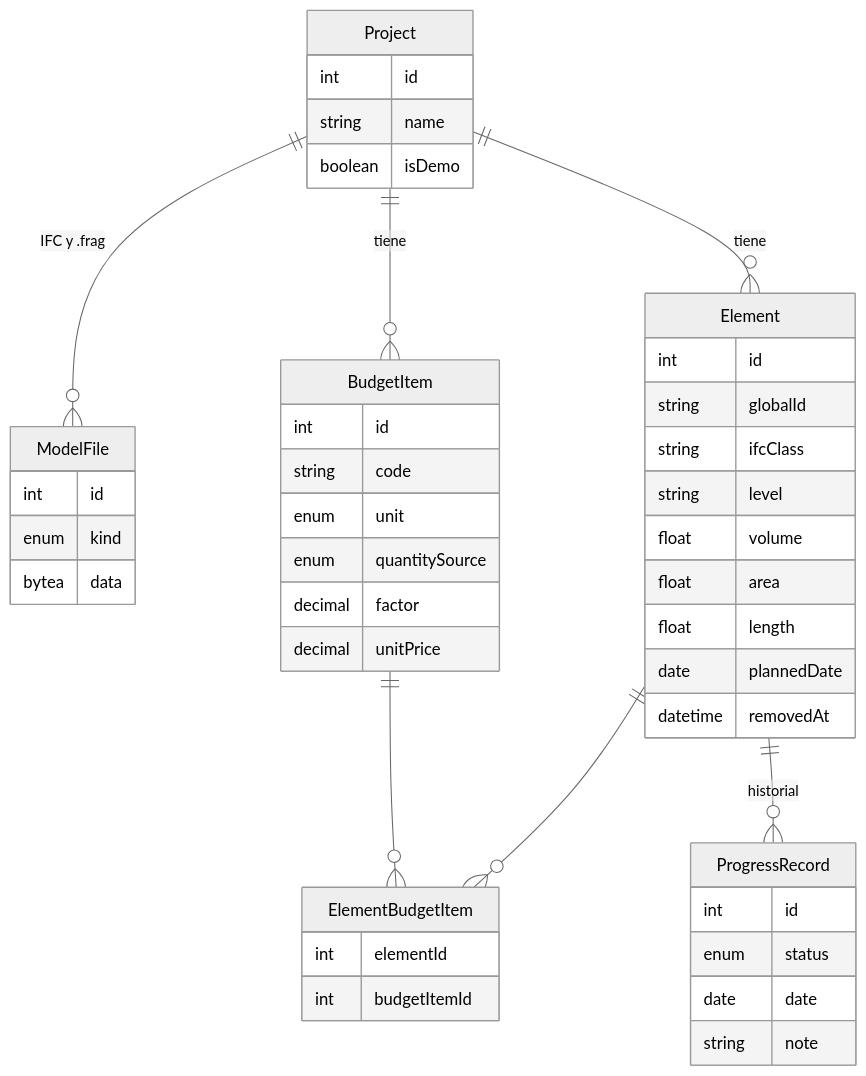
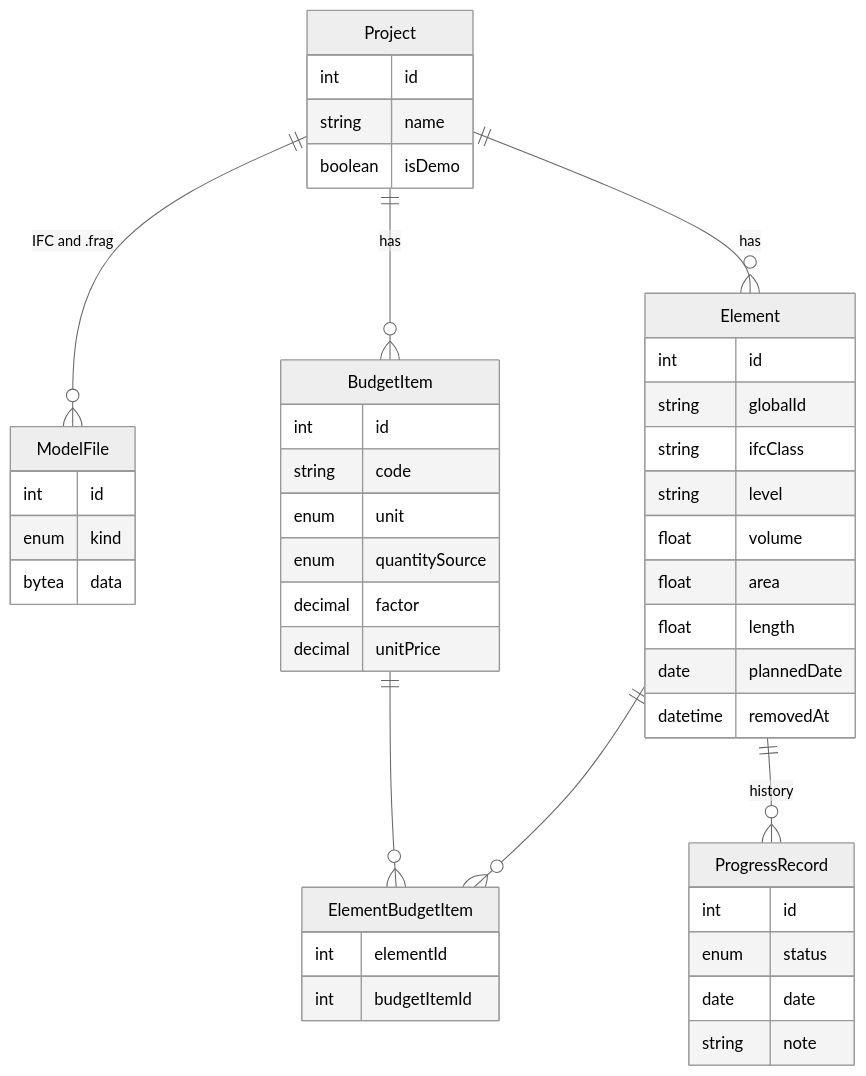
The second of 2 diagrams in README.md (Jhorguen/Control-de-obra-sobre-modelo-BIM), drawn with Mermaid (neutral theme) before and after one commit. The commit also changed other lines of this file and 8 other files, not shown here.

````diff
--- a/README.md
+++ b/README.md
@@ -64,16 +65,16 @@
 ```mermaid
 erDiagram
-  Project ||--o{ ModelFile : "IFC y .frag"
-  Project ||--o{ Element : tiene
-  Project ||--o{ BudgetItem : tiene
+  Project ||--o{ ModelFile : "IFC and .frag"
+  Project ||--o{ Element : has
+  Project ||--o{ BudgetItem : has
   Element ||--o{ ElementBudgetItem : ""
   BudgetItem ||--o{ ElementBudgetItem : ""
-  Element ||--o{ ProgressRecord : historial
+  Element ||--o{ ProgressRecord : history
 
   Project { int id string name boolean isDemo }
   ModelFile { int id enum kind bytea data }
   Element { int id string globalId string ifcClass string level float volume float area float length date plannedDate datetime removedAt }
   BudgetItem { int id string code enum unit enum quantitySource decimal factor decimal unitPrice }
   ElementBudgetItem { int elementId int budgetItemId }
   ProgressRecord { int id enum status date date string note }
 ```
````
